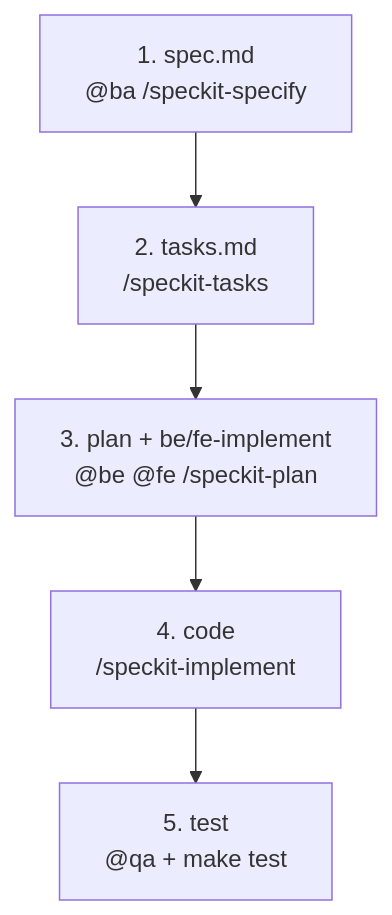
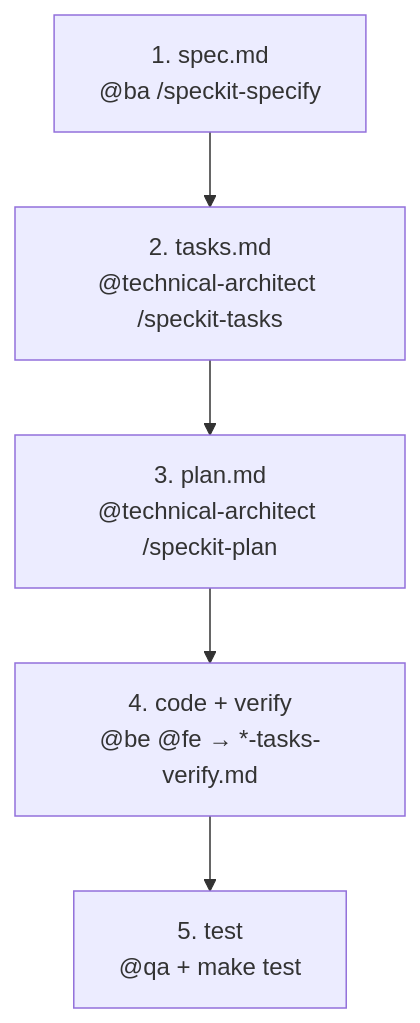
One commit to htnghia27022002/system changed the diagram in docs/workflow/overview.md. Above: the diagram before and after it, drawn with Mermaid. The commit also changed other lines of this file and 66 other files, not shown here.

````diff
--- a/docs/workflow/overview.md
+++ b/docs/workflow/overview.md
@@ -15,9 +15,9 @@
 ```mermaid
 flowchart TD
   S["1. spec.md<br/>@ba /speckit-specify"]
-  T["2. tasks.md<br/>/speckit-tasks"]
-  P["3. plan + be/fe-implement<br/>@be @fe /speckit-plan"]
-  I["4. code<br/>/speckit-implement"]
+  T["2. tasks.md<br/>@technical-architect /speckit-tasks"]
+  P["3. plan.md<br/>@technical-architect /speckit-plan"]
+  I["4. code + verify<br/>@be @fe → *-tasks-verify.md"]
   Q["5. test<br/>@qa + make test"]
   S --> T --> P --> I --> Q
 ```
````
